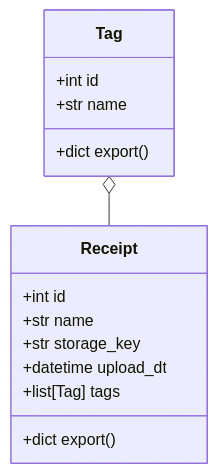
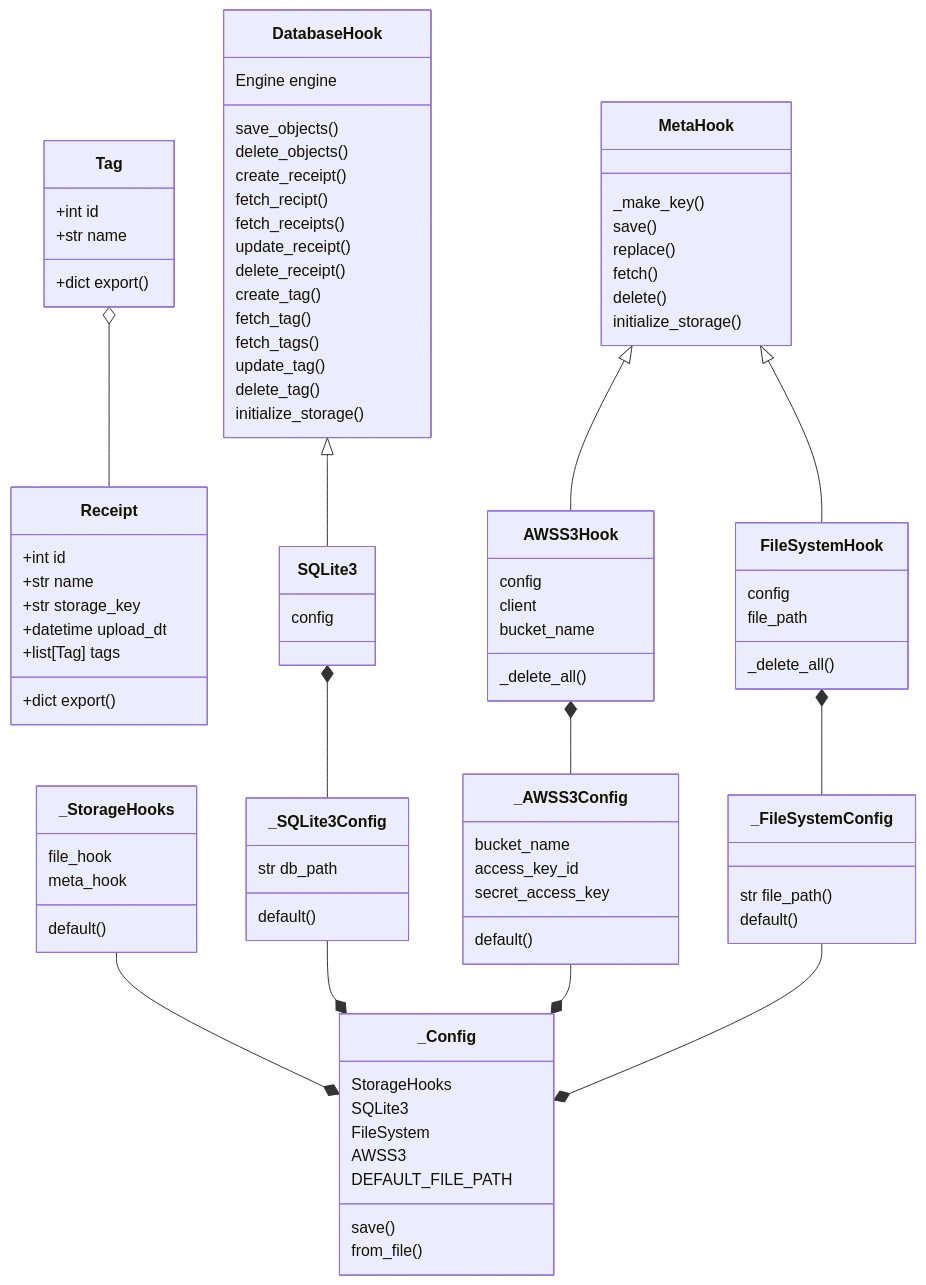
The second of 12 diagrams in server/DIAGRAMS.md (nathanieltooley/cs425-receipt-database), drawn with Mermaid before and after one commit.

Commit message:
Updated class diagram to include Hooks and Configs

````diff
--- a/server/DIAGRAMS.md
+++ b/server/DIAGRAMS.md
@@ -38,6 +38,90 @@
       +list[Tag] tags
       +dict export()
     }
+    
+    class DatabaseHook {
+        Engine engine
+        save_objects()
+        delete_objects()
+        create_receipt()
+        fetch_recipt()
+        fetch_receipts()
+        update_receipt()
+        delete_receipt()
+        create_tag()
+        fetch_tag()
+        fetch_tags()
+        update_tag()
+        delete_tag()
+        initialize_storage()
+    }
+    
+    class MetaHook {
+        _make_key()
+        save()
+        replace()
+        fetch()
+        delete()
+        initialize_storage()
+    }
+    
+    class SQLite3 {
+        config
+    }
+    class AWSS3Hook {
+        config
+        client
+        bucket_name
+        _delete_all()
+    }
+    class FileSystemHook {
+        config
+        file_path
+        _delete_all()
+    }
+    
+    class _StorageHooks {
+        file_hook
+        meta_hook
+        default()
+    }
+    
+    class _SQLite3Config {
+        str db_path
+        default()
+    }
+    class _FileSystemConfig {
+        str file_path()
+        default()
+    }
+    class _AWSS3Config {
+        bucket_name
+        access_key_id
+        secret_access_key
+        default()
+    }
+    class _Config {
+        StorageHooks
+        SQLite3
+        FileSystem
+        AWSS3
+        DEFAULT_FILE_PATH
+        save()
+        from_file()
+    }
 
     Tag o-- Receipt
+    
+    DatabaseHook <|-- SQLite3
+    MetaHook <|-- AWSS3Hook
+    MetaHook <|-- FileSystemHook
+    
+    SQLite3 *-- _SQLite3Config
+    AWSS3Hook *-- _AWSS3Config
+    FileSystemHook *-- _FileSystemConfig
+    
+    _StorageHooks --* _Config
+    _SQLite3Config --* _Config
+    _AWSS3Config --* _Config
+    _FileSystemConfig --* _Config
 ```
````
